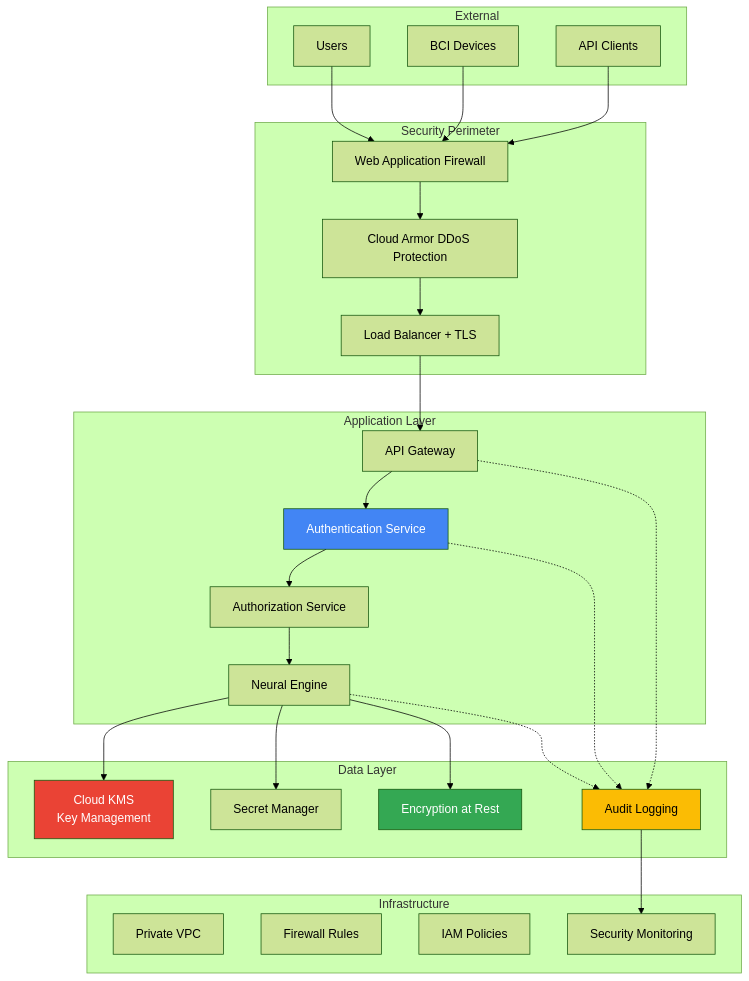
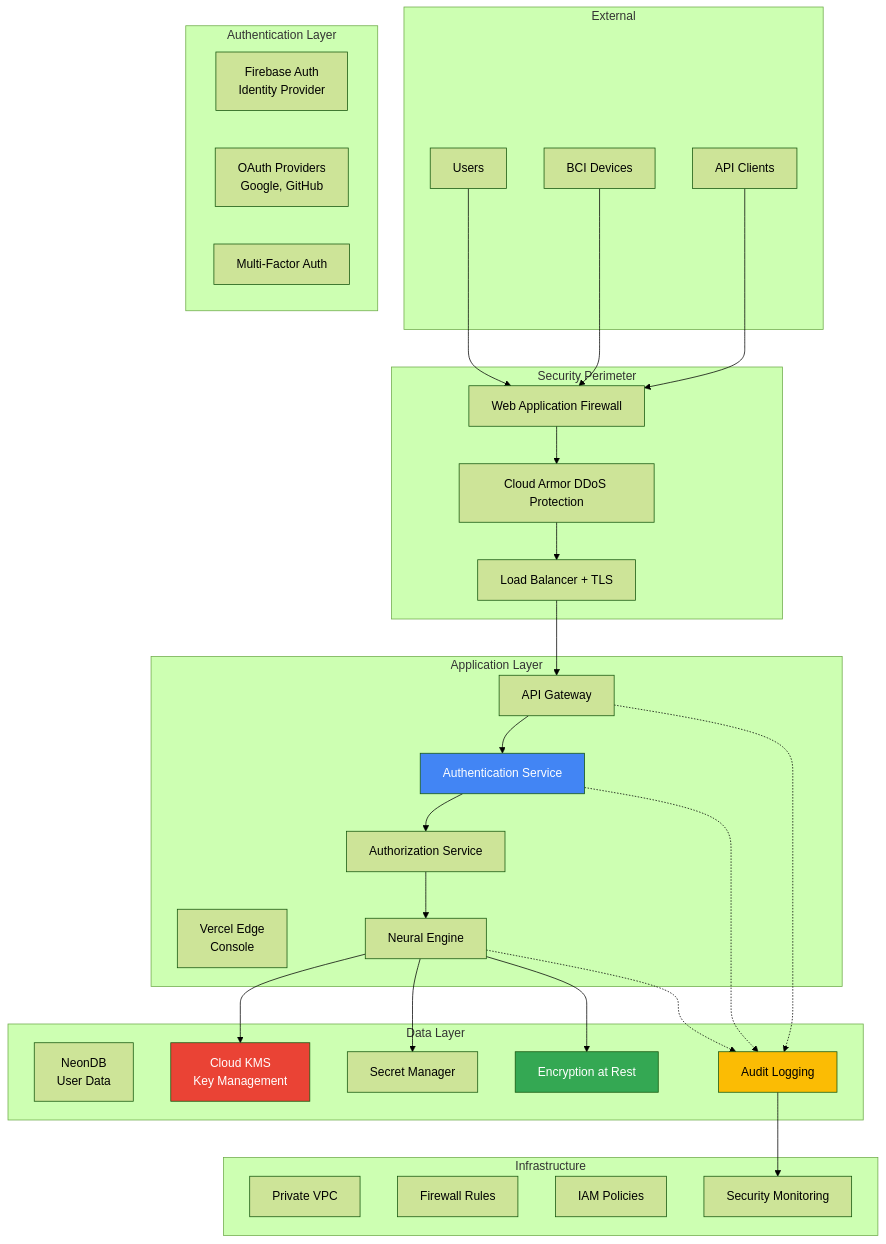
One commit to identity-wael/neurascale changed the first of 2 diagrams in docs-nextra/src/content/security.mdx. Above: the diagram before and after it, drawn with Mermaid (forest theme). The commit also changed other lines of this file and 7 other files, not shown here.

First line of the commit message:
feat(docs): Update documentation to reflect actual GCP/Vercel/Firebase architecture

````diff
--- a/docs-nextra/src/content/security.mdx
+++ b/docs-nextra/src/content/security.mdx
@@ -75,62 +75,70 @@
 ```mermaid
 graph TB
     subgraph "External"
         USER[Users]
         DEVICE[BCI Devices]
         API_CLIENT[API Clients]
+    end
+
+    subgraph "Authentication Layer"
+        FIREBASE[Firebase Auth<br/>Identity Provider]
+        OAUTH[OAuth Providers<br/>Google, GitHub]
+        MFA[Multi-Factor Auth]
     end
 
     subgraph "Security Perimeter"
         WAF[Web Application Firewall]
         LB[Load Balancer + TLS]
         ARMOR[Cloud Armor DDoS Protection]
     end
 
     subgraph "Application Layer"
+        VERCEL[Vercel Edge<br/>Console]
         AUTH[Authentication Service]
         AUTHZ[Authorization Service]
         API[API Gateway]
         APP[Neural Engine]
     end
 
     subgraph "Data Layer"
+        NEON[NeonDB<br/>User Data]
         KMS[Cloud KMS<br/>Key Management]
         SM[Secret Manager]
         AUDIT[Audit Logging]
         ENCRYPT[Encryption at Rest]
     end
 
     subgraph "Infrastructure"
         VPC[Private VPC]
         FW[Firewall Rules]
         IAM[IAM Policies]
         MONITOR[Security Monitoring]
     end
 
     USER --> WAF
     DEVICE --> WAF
     API_CLIENT --> WAF
 
     WAF --> ARMOR
     ARMOR --> LB
     LB --> API
 
     API --> AUTH
     AUTH --> AUTHZ
     AUTHZ --> APP
 
     APP --> KMS
     APP --> SM
     APP --> ENCRYPT
 
     AUDIT --> MONITOR
 
     API -.-> AUDIT
     AUTH -.-> AUDIT
     APP -.-> AUDIT
 
     style AUTH fill:#4285F4,color:#fff
     style KMS fill:#EA4335,color:#fff
     style ENCRYPT fill:#34A853,color:#fff
     style AUDIT fill:#FBBC04,color:#000
 ```
````
